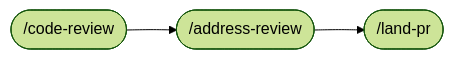
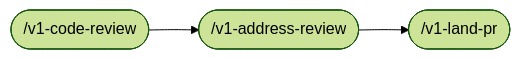
One commit to v1-io/v1tamins changed the fourth of 6 diagrams in README.md. Above: the diagram before and after it, drawn with Mermaid (forest theme). The commit also changed other lines of this file and 105 other files, not shown here.

````diff
--- a/README.md
+++ b/README.md
@@ -208,8 +208,8 @@
 ```mermaid
 flowchart LR
-  A([/code-review]) --> B([/address-review])
-  B --> C([/land-pr])
-  click A href "./.agents/skills/code-review/SKILL.md"
-  click B href "./.agents/skills/address-review/SKILL.md"
-  click C href "./.agents/skills/land-pr/SKILL.md"
+  A([/v1-code-review]) --> B([/v1-address-review])
+  B --> C([/v1-land-pr])
+  click A href "./plugins/v1tamins/skills/v1-code-review/SKILL.md"
+  click B href "./plugins/v1tamins/skills/v1-address-review/SKILL.md"
+  click C href "./plugins/v1tamins/skills/v1-land-pr/SKILL.md"
 ```
````
